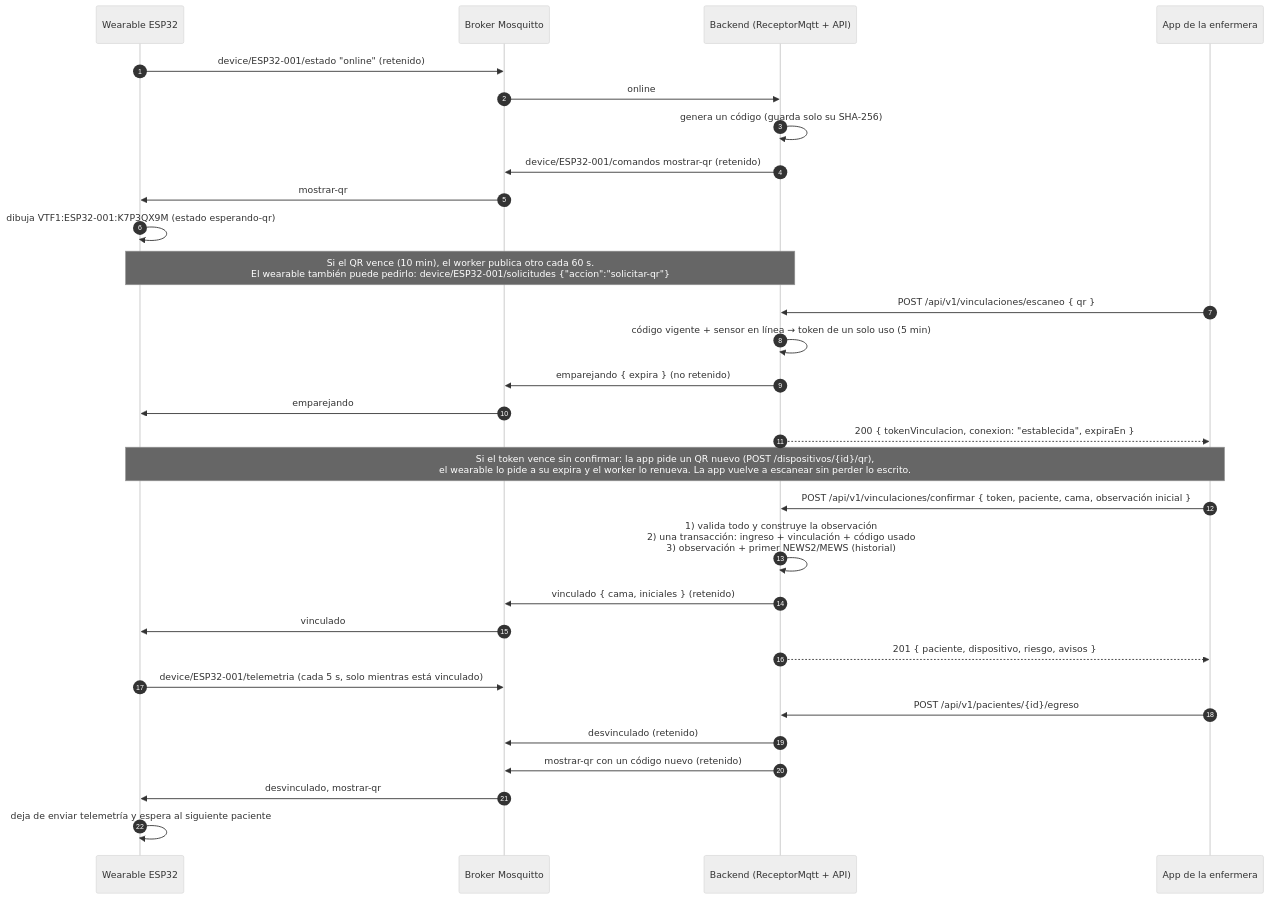
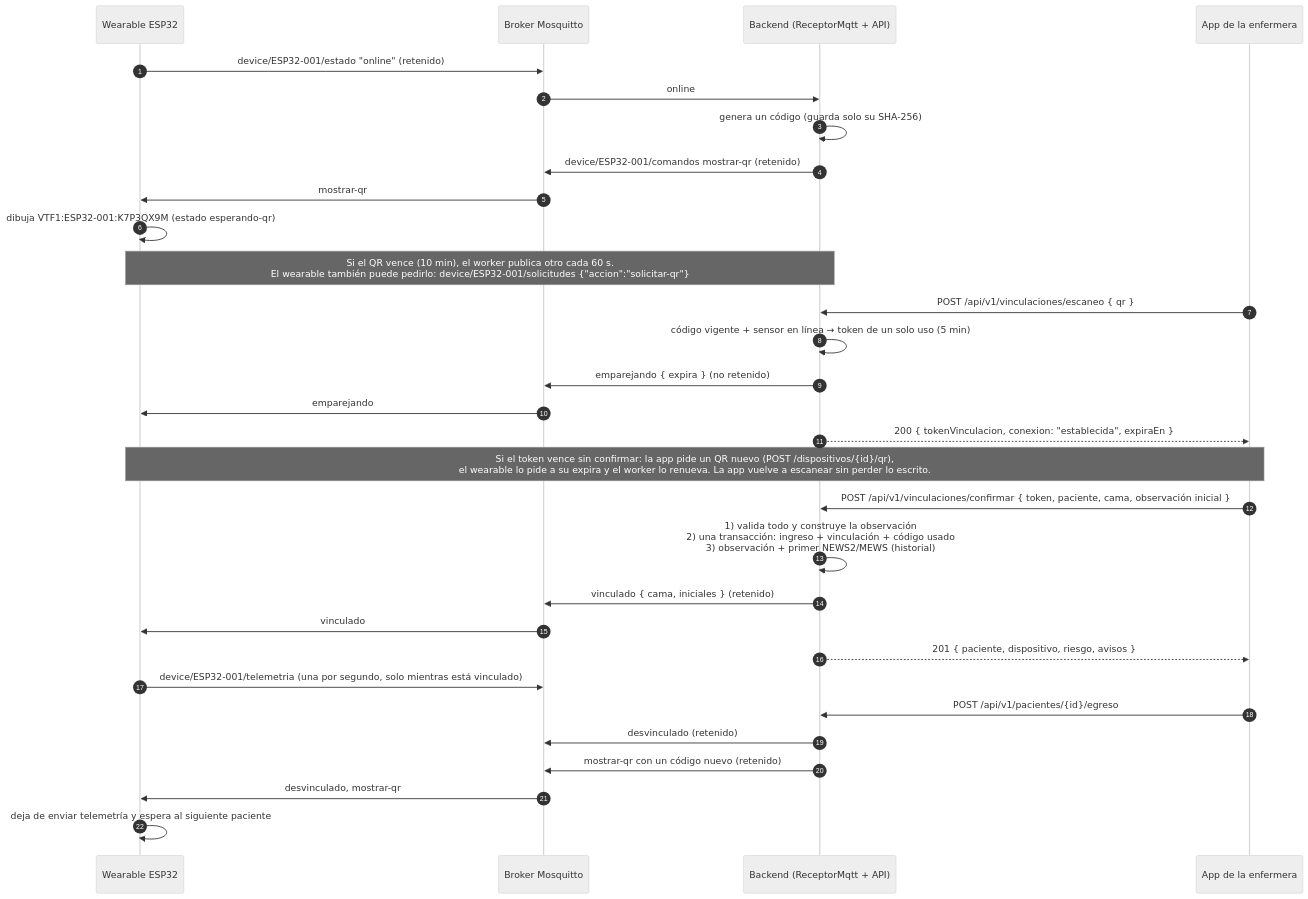
Before and after one commit to Kmykh/Vitalify-Backend: the diagram in docs/vinculacion-qr.md, drawn with Mermaid (neutral theme). The commit also changed 5 other files, not shown here.

Commit message:
docs: documenta la lectura por segundo, el búfer sin red y su costo de almacenamiento

````diff
--- a/docs/vinculacion-qr.md
+++ b/docs/vinculacion-qr.md
@@ -9,38 +9,38 @@
 ```mermaid
 sequenceDiagram
     autonumber
     participant W as Wearable ESP32
     participant B as Broker Mosquitto
     participant API as Backend (ReceptorMqtt + API)
     participant E as App de la enfermera
 
     W->>B: device/ESP32-001/estado "online" (retenido)
     B->>API: online
     API->>API: genera un código (guarda solo su SHA-256)
     API->>B: device/ESP32-001/comandos mostrar-qr (retenido)
     B->>W: mostrar-qr
     W->>W: dibuja VTF1:ESP32-001:K7P3QX9M (estado esperando-qr)
 
     Note over W,API: Si el QR vence (10 min), el worker publica otro cada 60 s.<br/>El wearable también puede pedirlo: device/ESP32-001/solicitudes {"accion":"solicitar-qr"}
 
     E->>API: POST /api/v1/vinculaciones/escaneo { qr }
     API->>API: código vigente + sensor en línea → token de un solo uso (5 min)
     API->>B: emparejando { expira } (no retenido)
     B->>W: emparejando
     API-->>E: 200 { tokenVinculacion, conexion: "establecida", expiraEn }
 
     Note over W,E: Si el token vence sin confirmar: la app pide un QR nuevo (POST /dispositivos/{id}/qr),<br/>el wearable lo pide a su expira y el worker lo renueva. La app vuelve a escanear sin perder lo escrito.
 
     E->>API: POST /api/v1/vinculaciones/confirmar { token, paciente, cama, observación inicial }
     API->>API: 1) valida todo y construye la observación<br/>2) una transacción: ingreso + vinculación + código usado<br/>3) observación + primer NEWS2/MEWS (historial)
     API->>B: vinculado { cama, iniciales } (retenido)
     B->>W: vinculado
     API-->>E: 201 { paciente, dispositivo, riesgo, avisos }
-    W->>B: device/ESP32-001/telemetria (cada 5 s, solo mientras está vinculado)
+    W->>B: device/ESP32-001/telemetria (una por segundo, solo mientras está vinculado)
 
     E->>API: POST /api/v1/pacientes/{id}/egreso
     API->>B: desvinculado (retenido)
     API->>B: mostrar-qr con un código nuevo (retenido)
     B->>W: desvinculado, mostrar-qr
     W->>W: deja de enviar telemetría y espera al siguiente paciente
 ```
````
